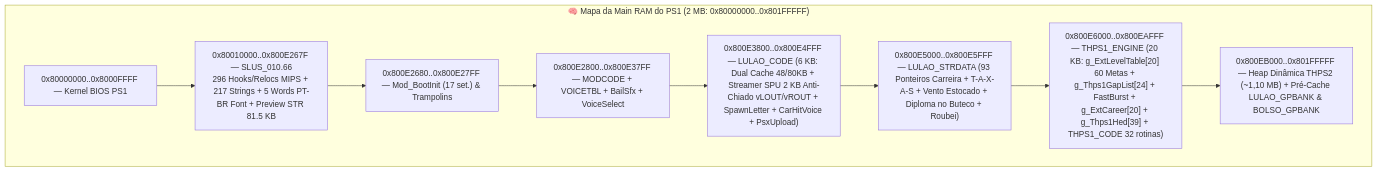
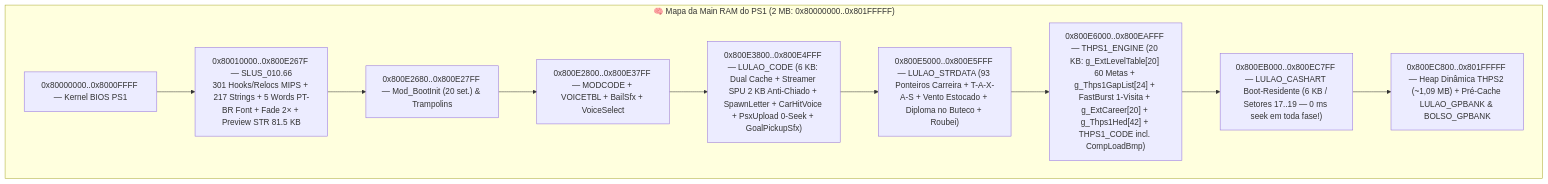
Before and after one commit to WagnerxOliveira/Tony_Hawk-s_Pro_Skater_2_Mod_PSX: the seventh of 7 diagrams in HISTORIA_DO_PROJETO_THPS2_MOD.md, drawn with Mermaid. The commit also changed other lines of this file and 11 other files, not shown here.

Commit message:
Aceleracao de menus/carregamento (CASHART boot-residente + 1-visit THPS1.WAD + Fade 2x), telas de competicao Chicago/Burnside/Roswell, reposicionamento Malas #3/#4 Mall NY e som caixa+skatista School Miami/THPS1

````diff
--- a/HISTORIA_DO_PROJETO_THPS2_MOD.md
+++ b/HISTORIA_DO_PROJETO_THPS2_MOD.md
@@ -493,14 +587,15 @@
 ```mermaid
 flowchart TB
     subgraph RAM["🧠 Mapa da Main RAM do PS1 (2 MB: 0x80000000..0x801FFFFF)"]
         K["0x80000000..0x8000FFFF — Kernel BIOS PS1"]
-        E["0x80010000..0x800E267F — SLUS_010.66<br/>296 Hooks/Relocs MIPS + 217 Strings + 5 Words PT-BR Font + Preview STR 81.5 KB"]
-        B["0x800E2680..0x800E27FF — Mod_BootInit (17 set.) & Trampolins"]
+        E["0x80010000..0x800E267F — SLUS_010.66<br/>301 Hooks/Relocs MIPS + 217 Strings + 5 Words PT-BR Font + Fade 2× + Preview STR 81.5 KB"]
+        B["0x800E2680..0x800E27FF — Mod_BootInit (20 set.) & Trampolins"]
         M["0x800E2800..0x800E37FF — MODCODE + VOICETBL + BailSfx + VoiceSelect"]
-        L["0x800E3800..0x800E4FFF — LULAO_CODE (6 KB: Dual Cache 48/80KB + Streamer SPU 2 KB Anti-Chiado vLOUT/vROUT + SpawnLetter + CarHitVoice + PsxUpload)"]
+        L["0x800E3800..0x800E4FFF — LULAO_CODE (6 KB: Dual Cache + Streamer SPU 2 KB Anti-Chiado + SpawnLetter + CarHitVoice + PsxUpload 0-Seek + GoalPickupSfx)"]
         S["0x800E5000..0x800E5FFF — LULAO_STRDATA (93 Ponteiros Carreira + T-A-X-A-S + Vento Estocado + Diploma no Buteco + Roubei)"]
-        T["0x800E6000..0x800EAFFF — THPS1_ENGINE (20 KB: g_ExtLevelTable[20] 60 Metas + g_Thps1GapList[24] + FastBurst + g_ExtCareer[20] + g_Thps1Hed[39] + THPS1_CODE 32 rotinas)"]
-        H["0x800EB000..0x801FFFFF — Heap Dinâmica THPS2 (~1,10 MB) + Pré-Cache LULAO_GPBANK & BOLSO_GPBANK"]
+        T["0x800E6000..0x800EAFFF — THPS1_ENGINE (20 KB: g_ExtLevelTable[20] 60 Metas + g_Thps1GapList[24] + FastBurst 1-Visita + g_ExtCareer[20] + g_Thps1Hed[42] + THPS1_CODE incl. CompLoadBmp)"]
+        C["0x800EB000..0x800EC7FF — LULAO_CASHART Boot-Residente (6 KB / Setores 17..19 — 0 ms seek em toda fase!)"]
+        H["0x800EC800..0x801FFFFF — Heap Dinâmica THPS2 (~1,09 MB) + Pré-Cache LULAO_GPBANK & BOLSO_GPBANK"]
     end
-    K --> E --> B --> M --> L --> S --> T --> H
+    K --> E --> B --> M --> L --> S --> T --> C --> H
 ```
````
